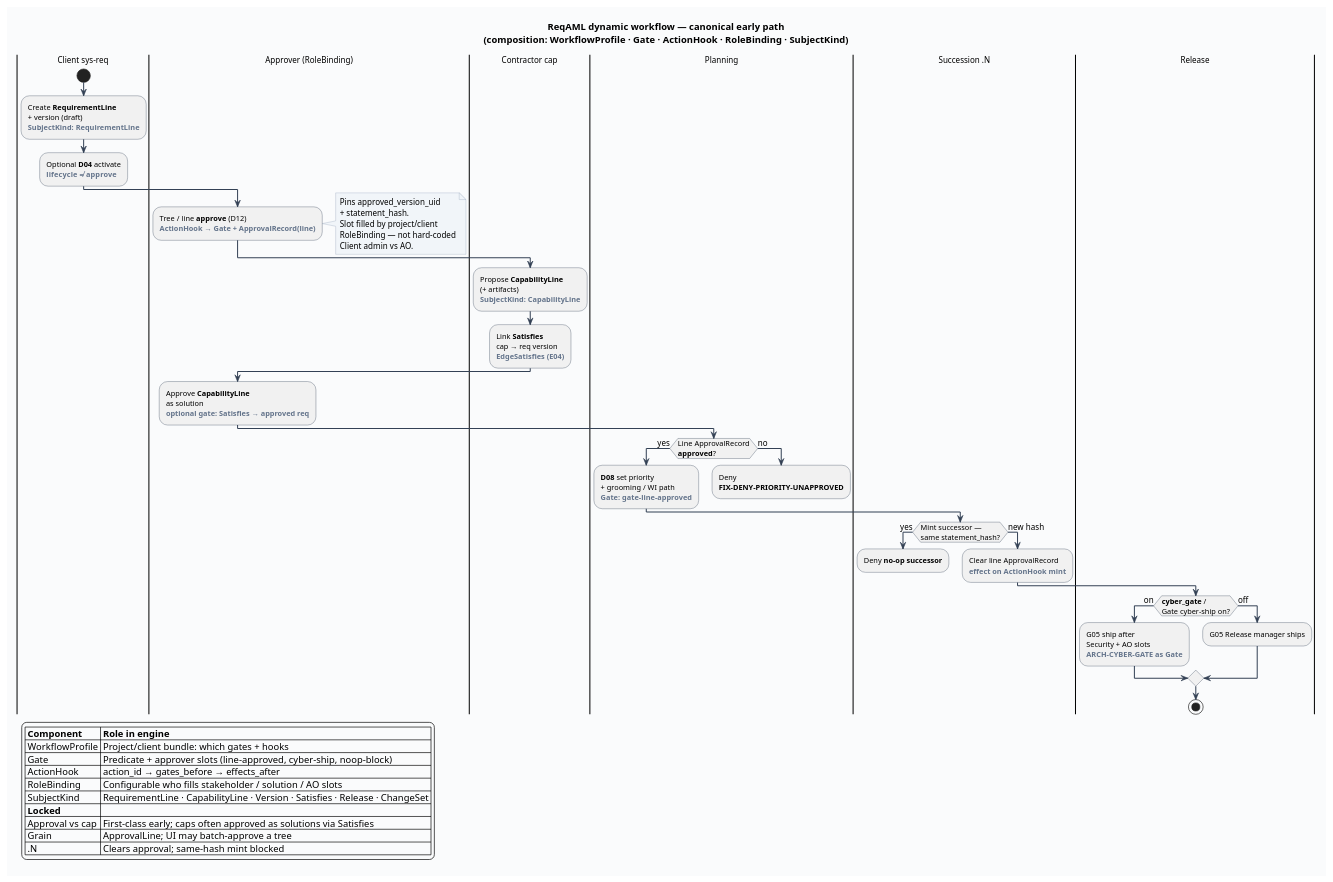
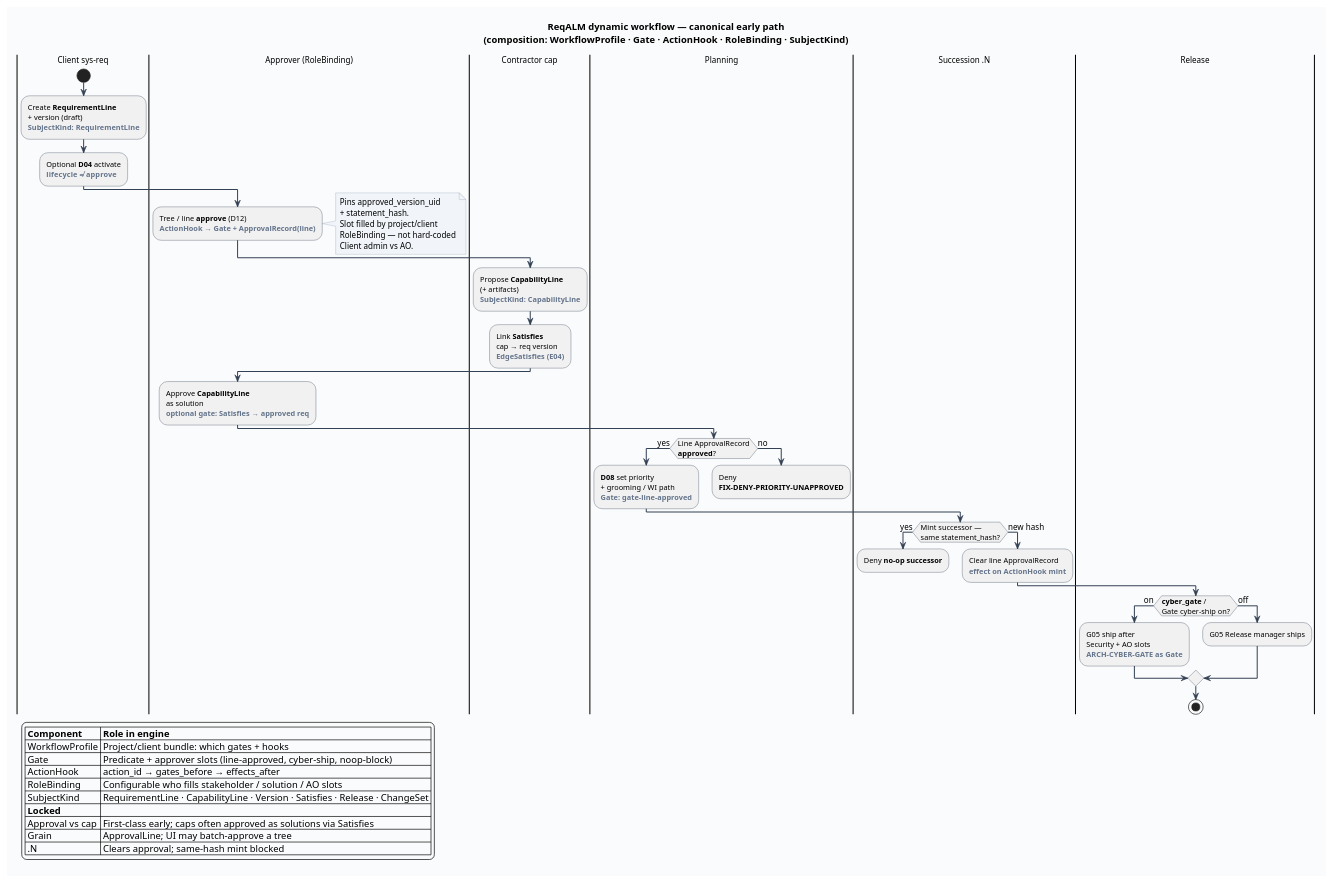
One commit to danrabydev/sdoc-intake changed the diagram in docs/design/roles/workflow-system.puml. Above: the diagram before and after it, drawn with PlantUML. The commit also changed 191 other files, not shown here.

First line of the commit message:
Rename product ReqAML to ReqALM across repo

```diff
--- a/docs/design/roles/workflow-system.puml
+++ b/docs/design/roles/workflow-system.puml
@@ -1,77 +1,77 @@
 @startuml workflow_system
 skinparam backgroundColor #FAFBFC
 skinparam shadowing false
 skinparam defaultFontName SansSerif
 skinparam defaultFontSize 12
 skinparam ArrowColor #334155
 skinparam ArrowThickness 1.5
 skinparam ActivityBorderColor #334155
 skinparam ActivityFontSize 11
 skinparam PartitionBorderColor #64748B
 skinparam PartitionFontSize 13
 skinparam PartitionFontStyle bold
 skinparam noteBorderColor #94A3B8
 skinparam noteBackgroundColor #F1F5F9
 
-title ReqAML dynamic workflow — canonical early path\n(composition: WorkflowProfile · Gate · ActionHook · RoleBinding · SubjectKind)
+title ReqALM dynamic workflow — canonical early path\n(composition: WorkflowProfile · Gate · ActionHook · RoleBinding · SubjectKind)
 
 |Client sys-req|
 start
 :Create **RequirementLine**\n+ version (draft)\n**<color:#64748B>SubjectKind: RequirementLine</color>**;
 :Optional **D04** activate\n**<color:#64748B>lifecycle ≠ approve</color>**;
 
 |Approver (RoleBinding)|
 :Tree / line **approve** (D12)\n**<color:#64748B>ActionHook → Gate + ApprovalRecord(line)</color>**;
 note right
   Pins approved_version_uid
   + statement_hash.
   Slot filled by project/client
   RoleBinding — not hard-coded
   Client admin vs AO.
 end note
 
 |Contractor cap|
 :Propose **CapabilityLine**\n(+ artifacts)\n**<color:#64748B>SubjectKind: CapabilityLine</color>**;
 :Link **Satisfies**\ncap → req version\n**<color:#64748B>EdgeSatisfies (E04)</color>**;
 
 |Approver (RoleBinding)|
 :Approve **CapabilityLine**\nas solution\n**<color:#64748B>optional gate: Satisfies → approved req</color>**;
 
 |Planning|
 if (Line ApprovalRecord\n**approved**?) then (yes)
   :**D08** set priority\n+ grooming / WI path\n**<color:#64748B>Gate: gate-line-approved</color>**;
 else (no)
   :Deny\n**FIX-DENY-PRIORITY-UNAPPROVED**;
   kill
 endif
 
 |Succession .N|
 if (Mint successor —\nsame statement_hash?) then (yes)
   :Deny **no-op successor**;
   kill
 else (new hash)
   :Clear line ApprovalRecord\n**<color:#64748B>effect on ActionHook mint</color>**;
 endif
 
 |Release|
 if (**cyber_gate** /\nGate cyber-ship on?) then (on)
   :G05 ship after\nSecurity + AO slots\n**<color:#64748B>ARCH-CYBER-GATE as Gate</color>**;
 else (off)
   :G05 Release manager ships;
 endif
 stop
 
 legend left
   |= Component |= Role in engine |
   | WorkflowProfile | Project/client bundle: which gates + hooks |
   | Gate | Predicate + approver slots (line-approved, cyber-ship, noop-block) |
   | ActionHook | action_id → gates_before → effects_after |
   | RoleBinding | Configurable who fills stakeholder / solution / AO slots |
   | SubjectKind | RequirementLine · CapabilityLine · Version · Satisfies · Release · ChangeSet |
   |= Locked |= |
   | Approval vs cap | First-class early; caps often approved as solutions via Satisfies |
   | Grain | ApprovalLine; UI may batch-approve a tree |
   | .N | Clears approval; same-hash mint blocked |
 endlegend
 
 @enduml
```
